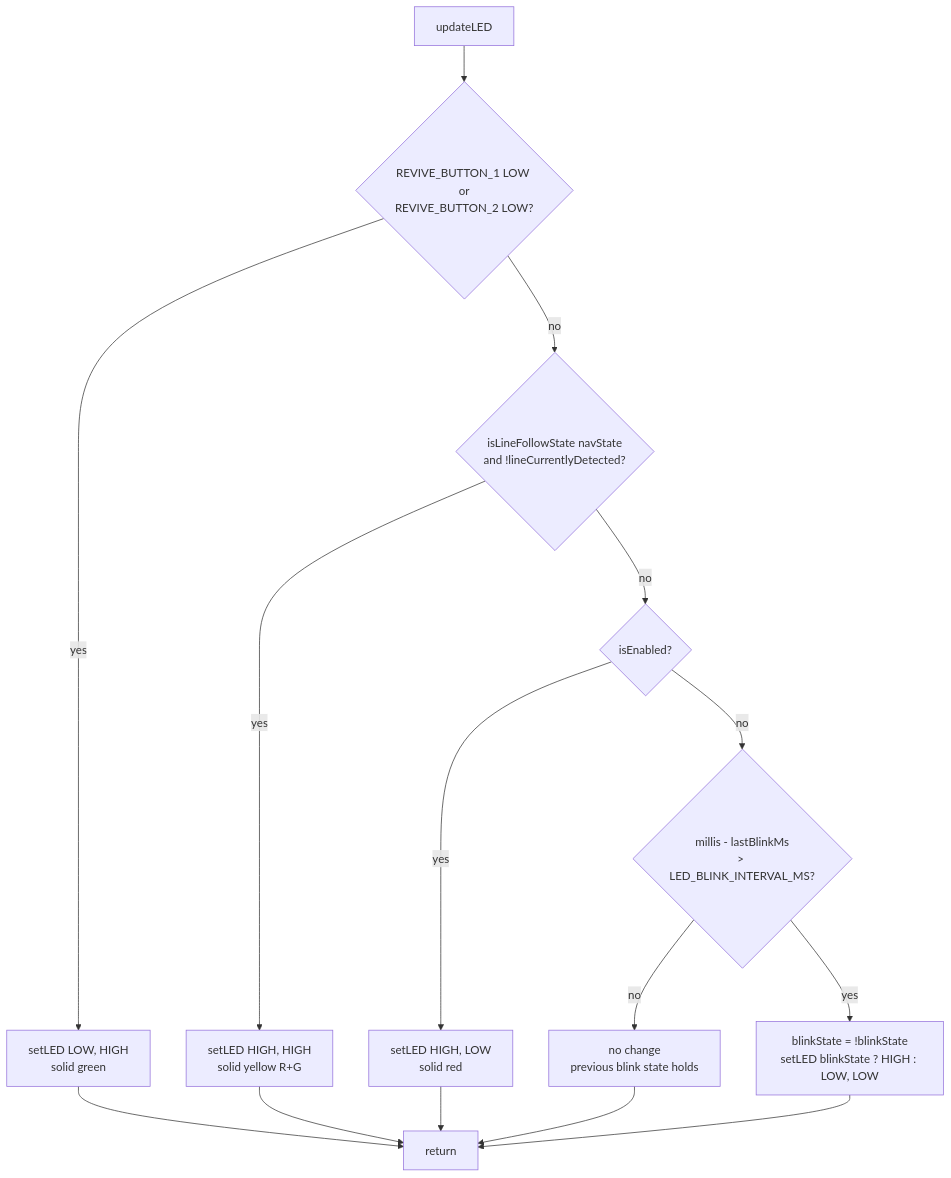
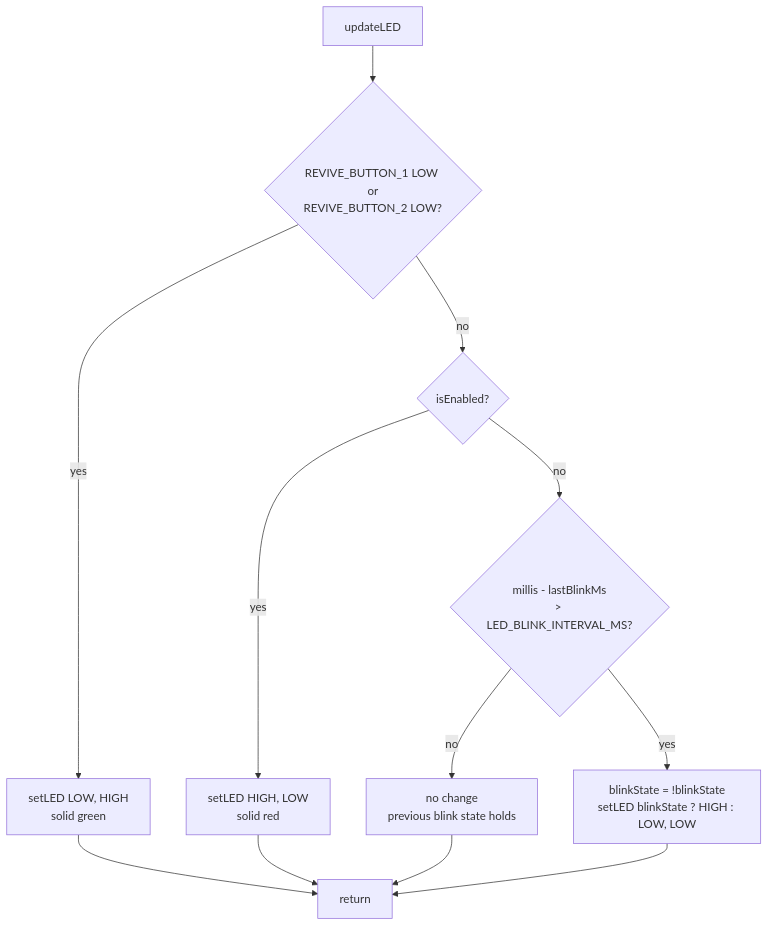
Before and after one commit to Stanleyhoo1/Robotics-Challenge: the sixth of 8 diagrams in docs/flowcharts.md, drawn with Mermaid. The commit also changed other lines of this file and 7 other files, not shown here.

````diff
--- a/docs/flowcharts.md
+++ b/docs/flowcharts.md
@@ -178,17 +178,14 @@
 ```mermaid
 flowchart TD
     A[updateLED] --> B{REVIVE_BUTTON_1 LOW or<br/>REVIVE_BUTTON_2 LOW?}
     B -- yes --> C[setLED LOW, HIGH<br/>solid green]
-    B -- no --> D{isLineFollowState navState<br/>and !lineCurrentlyDetected?}
-    D -- yes --> E[setLED HIGH, HIGH<br/>solid yellow R+G]
-    D -- no --> F{isEnabled?}
+    B -- no --> F{isEnabled?}
     F -- yes --> G[setLED HIGH, LOW<br/>solid red]
     F -- no --> H{millis - lastBlinkMs<br/>> LED_BLINK_INTERVAL_MS?}
     H -- no --> I[no change<br/>previous blink state holds]
     H -- yes --> J[blinkState = !blinkState<br/>setLED blinkState ? HIGH : LOW, LOW]
     C --> K[return]
-    E --> K
     G --> K
     I --> K
     J --> K
 ```
````
